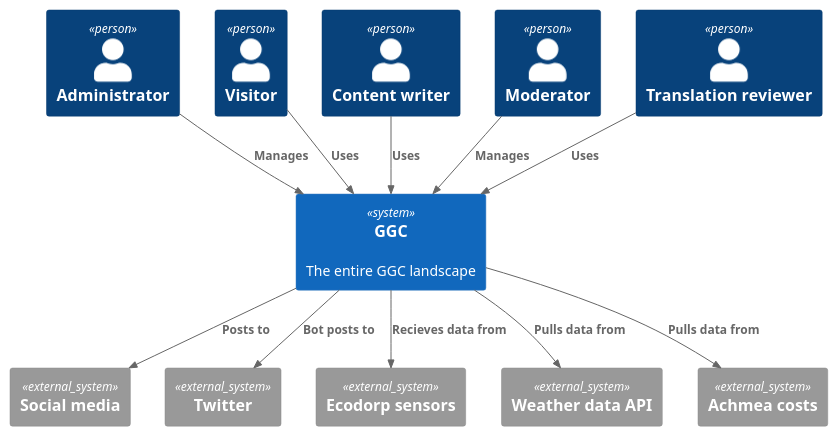
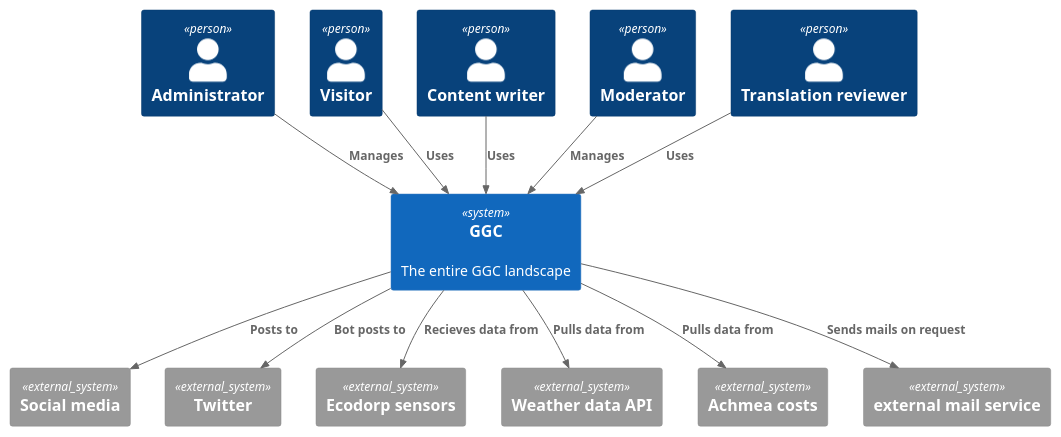
Before and after one commit to Fontys-S6-maatwerk/GGCArchitecture: the diagram in c1.puml, drawn with PlantUML.

Commit message:
updated c1 with mailservice

```diff
--- a/c1.puml
+++ b/c1.puml
@@ -1,29 +1,31 @@
 @startuml C1 GGC
 !include https://raw.githubusercontent.com/plantuml-stdlib/C4-PlantUML/master/C4_Context.puml
 
 Person(p_admin, "Administrator")
 Person(p_visitor, "Visitor")
 Person(p_contentWriter, "Content writer")
 Person(p_moderator, "Moderator")
 Person(p_translationReviewer, "Translation reviewer")
 
 System(s_ggc, "GGC", "The entire GGC landscape")
 
 System_Ext(s_socialMedia, "Social media")
 System_Ext(s_twitter, "Twitter")
 System_Ext(s_ecodorpSensors, "Ecodorp sensors")
 System_Ext(s_weatherdataAPI, "Weather data API")
 System_Ext(s_achmeaCosts, "Achmea costs")
+System_Ext(s_emailService, "external mail service")
 
 Rel_D(p_admin, s_ggc, "Manages")
 Rel_D(p_contentWriter, s_ggc, "Uses")
 Rel_D(p_moderator, s_ggc, "Manages")
 Rel_D(p_visitor, s_ggc, "Uses")
 Rel_D(p_translationReviewer, s_ggc, "Uses")
 
 Rel(s_ggc, s_ecodorpSensors, "Recieves data from")
 Rel(s_ggc, s_socialMedia, "Posts to")
 Rel(s_ggc, s_weatherdataAPI, "Pulls data from")
 Rel(s_ggc, s_twitter, "Bot posts to")
 Rel(s_ggc, s_achmeaCosts, "Pulls data from")
+Rel(s_ggc, s_emailService, "Sends mails on request")
 @enduml
```
